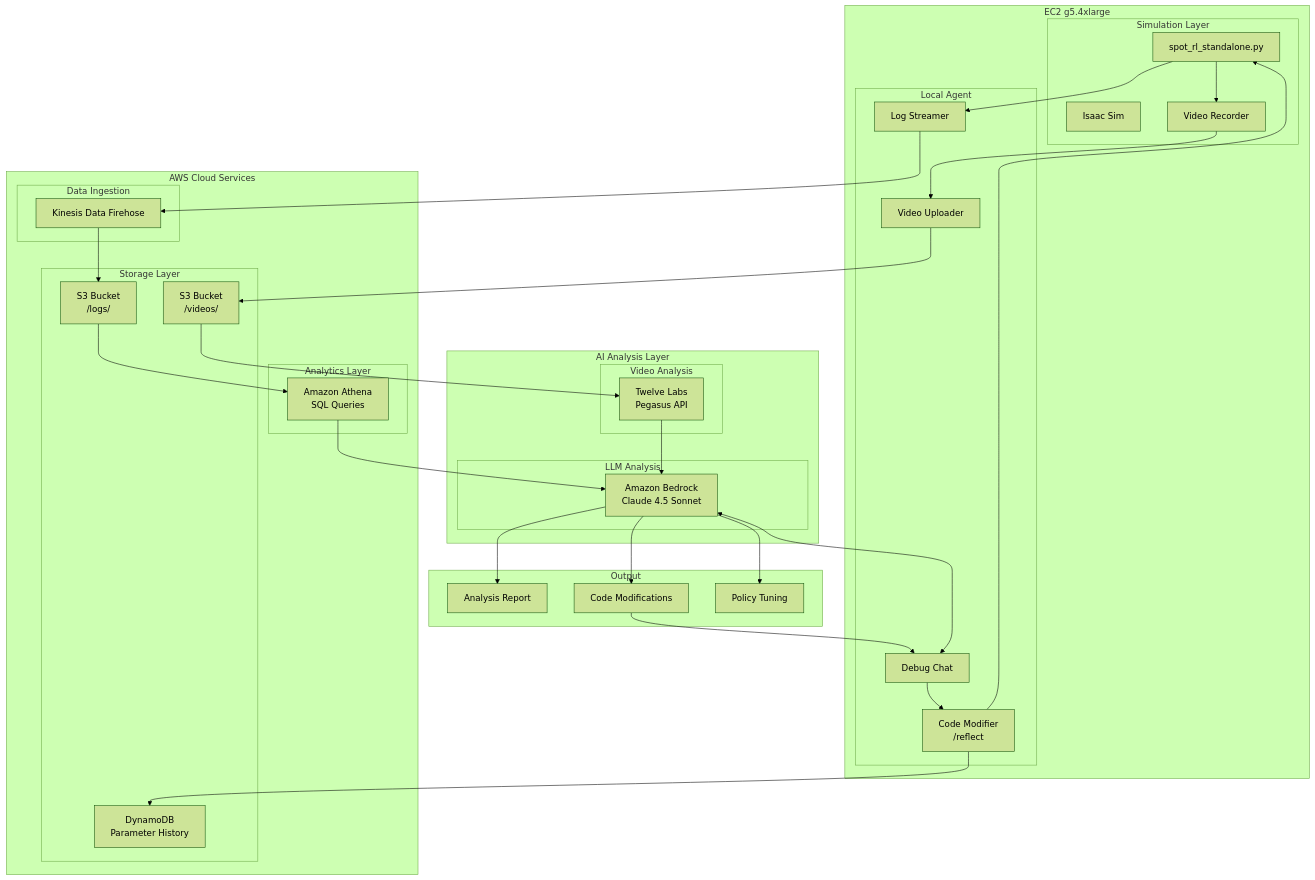
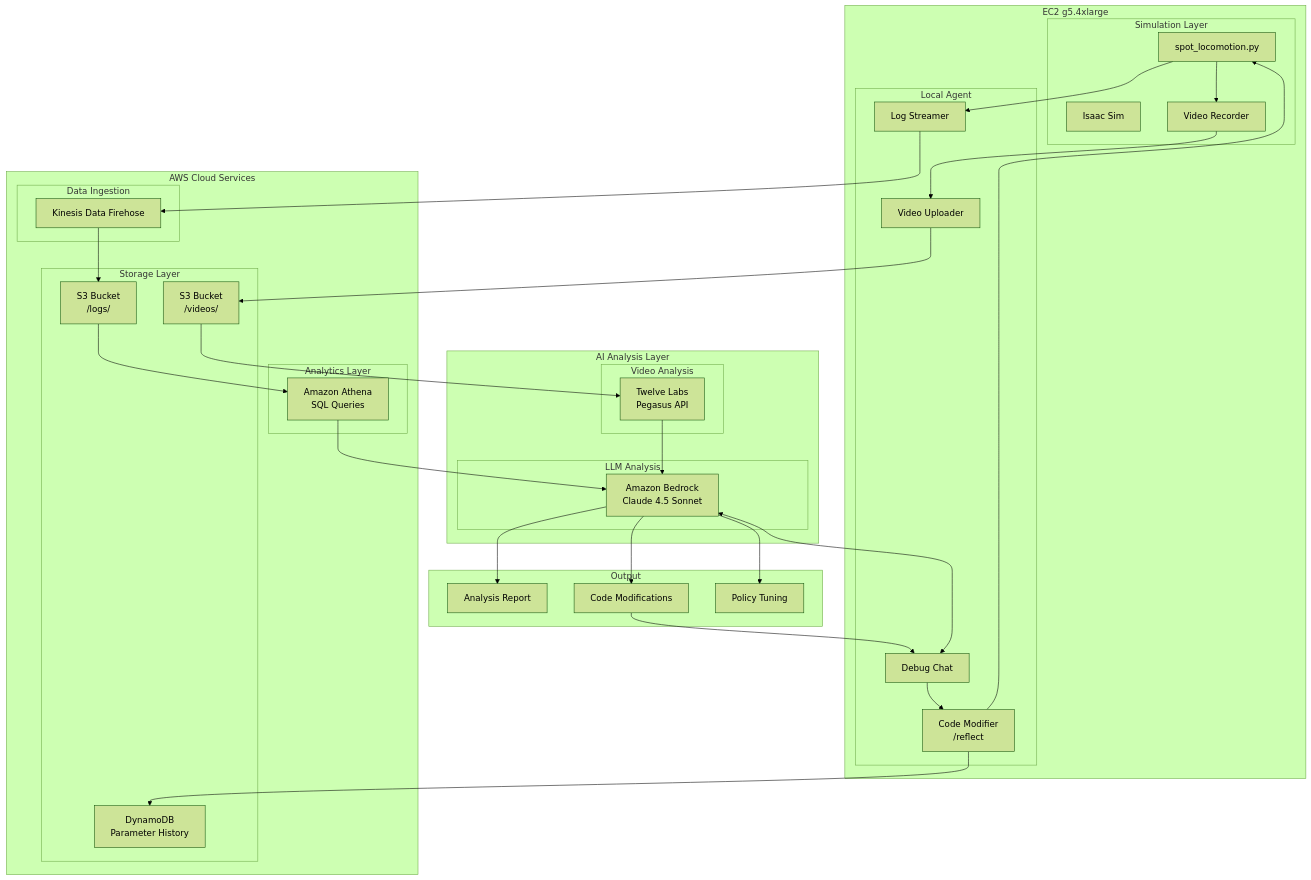
One commit to heungh/isaac_robot_test changed the second of 3 diagrams in README.md. Above: the diagram before and after it, drawn with Mermaid (forest theme). The commit also changed other lines of this file, not shown here.

````diff
--- a/README.md
+++ b/README.md
@@ -37,73 +37,73 @@
 ```mermaid
 flowchart TB
     subgraph EC2["EC2 g5.4xlarge"]
         subgraph Simulation["Simulation Layer"]
             Isaac["Isaac Sim"]
-            Standalone["spot_rl_standalone.py"]
+            Standalone["spot_locomotion.py"]
             VideoRec["Video Recorder"]
         end
 
         subgraph LocalAgent["Local Agent"]
             LogAgent["Log Streamer"]
             VideoUploader["Video Uploader"]
             ChatClient["Debug Chat"]
             CodeMod["Code Modifier<br/>/reflect"]
         end
     end
 
     subgraph AWS["AWS Cloud Services"]
         subgraph Ingestion["Data Ingestion"]
             Firehose["Kinesis Data Firehose"]
         end
 
         subgraph Storage["Storage Layer"]
             S3Logs["S3 Bucket<br/>/logs/"]
             S3Videos["S3 Bucket<br/>/videos/"]
             DynamoDB["DynamoDB<br/>Parameter History"]
         end
 
         subgraph Analytics["Analytics Layer"]
             Athena["Amazon Athena<br/>SQL Queries"]
         end
     end
 
     subgraph AI["AI Analysis Layer"]
         subgraph VideoAI["Video Analysis"]
             Pegasus["Twelve Labs<br/>Pegasus API"]
         end
 
         subgraph LLM["LLM Analysis"]
             Bedrock["Amazon Bedrock<br/>Claude 4.5 Sonnet"]
         end
     end
 
     subgraph Output["Output"]
         Analysis["Analysis Report"]
         CodeFix["Code Modifications"]
         PolicyTune["Policy Tuning"]
     end
 
     Standalone --> LogAgent
     Standalone --> VideoRec
     VideoRec --> VideoUploader
 
     LogAgent --> Firehose
     Firehose --> S3Logs
     VideoUploader --> S3Videos
 
     S3Logs --> Athena
     S3Videos --> Pegasus
 
     Athena --> Bedrock
     Pegasus --> Bedrock
     ChatClient <--> Bedrock
 
     Bedrock --> Analysis
     Bedrock --> CodeFix
     Bedrock --> PolicyTune
 
     CodeFix --> ChatClient
     ChatClient --> CodeMod
     CodeMod --> Standalone
     CodeMod --> DynamoDB
 ```
````
